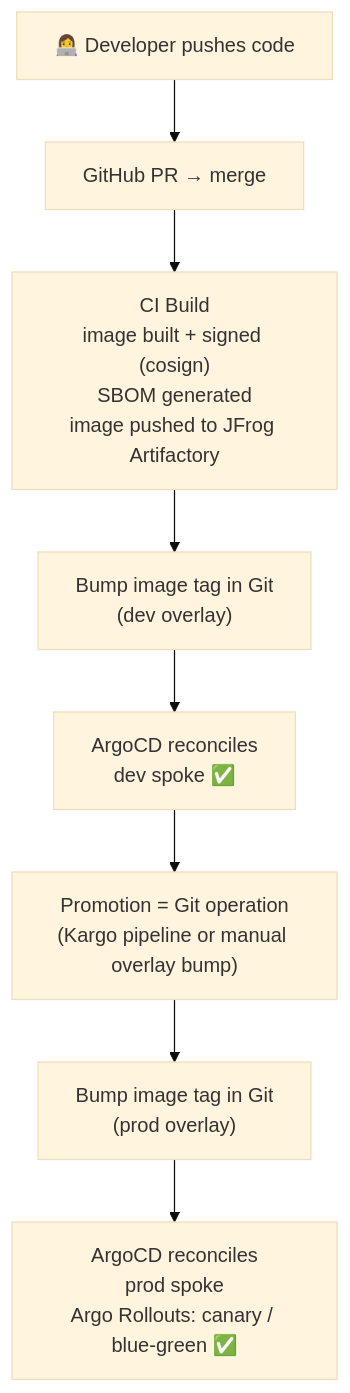
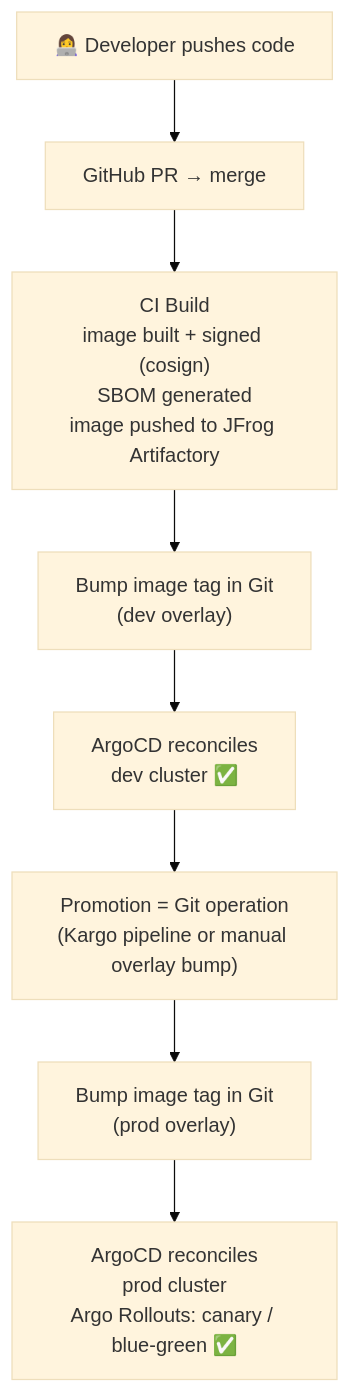
Before and after one commit to urukube/.github: the fourth of 5 diagrams in .github/README.md, drawn with Mermaid (base theme). The commit also changed other lines of this file, not shown here.

````diff
--- a/.github/README.md
+++ b/.github/README.md
@@ -171,13 +171,13 @@
 ```mermaid
 flowchart TD
     PUSH["👩‍💻 Developer pushes code"]
     PR["GitHub PR → merge"]
     CI["CI Build\nimage built + signed (cosign)\nSBOM generated\nimage pushed to JFrog Artifactory"]
     DEV_GIT["Bump image tag in Git\n(dev overlay)"]
-    DEV_SYNC["ArgoCD reconciles\ndev spoke ✅"]
+    DEV_SYNC["ArgoCD reconciles\ndev cluster ✅"]
     PROMOTE["Promotion = Git operation\n(Kargo pipeline or manual overlay bump)"]
     PROD_GIT["Bump image tag in Git\n(prod overlay)"]
-    PROD_SYNC["ArgoCD reconciles\nprod spoke\nArgo Rollouts: canary / blue-green ✅"]
+    PROD_SYNC["ArgoCD reconciles\nprod cluster\nArgo Rollouts: canary / blue-green ✅"]
 
     PUSH --> PR --> CI --> DEV_GIT --> DEV_SYNC --> PROMOTE --> PROD_GIT --> PROD_SYNC
 ```
````
